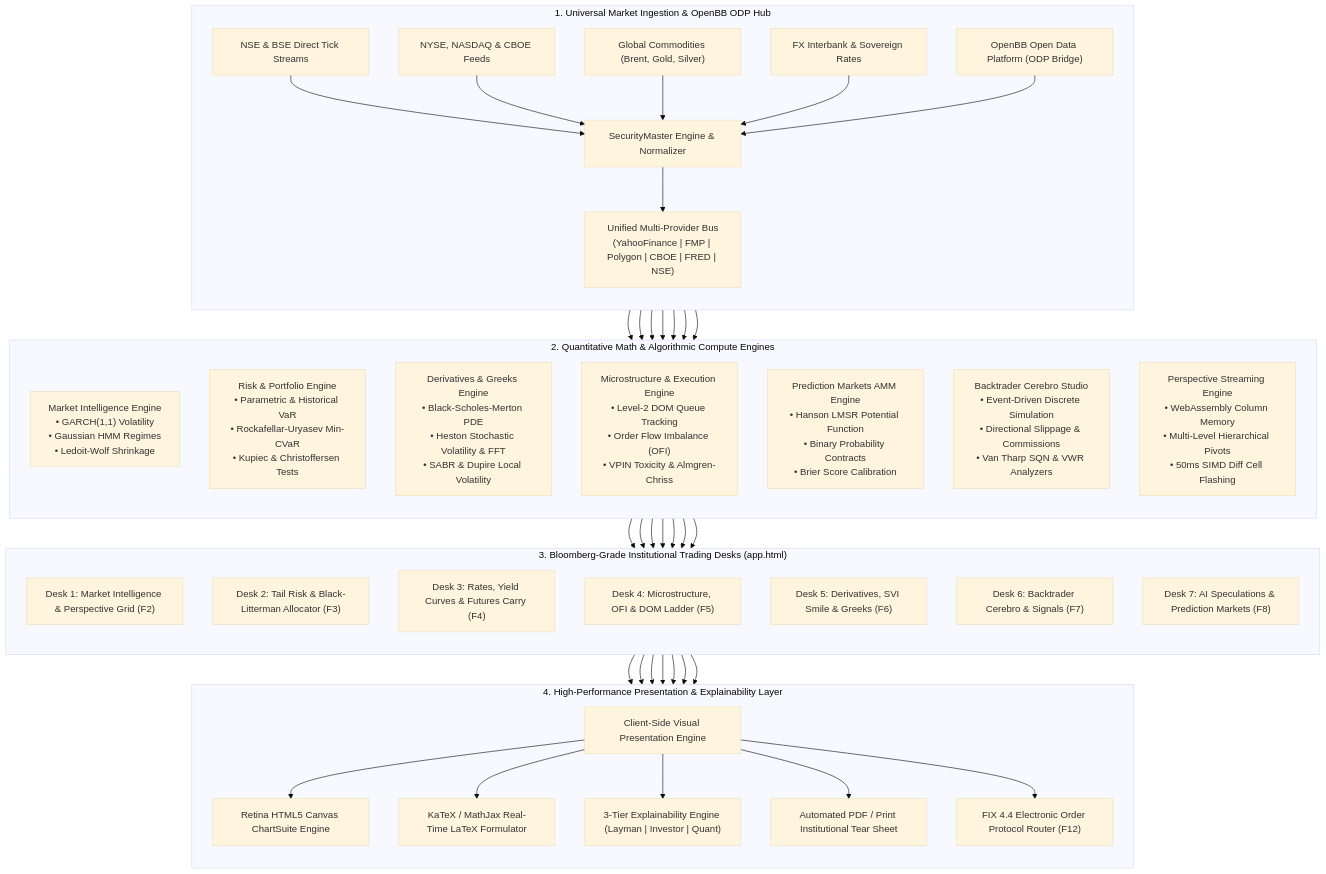
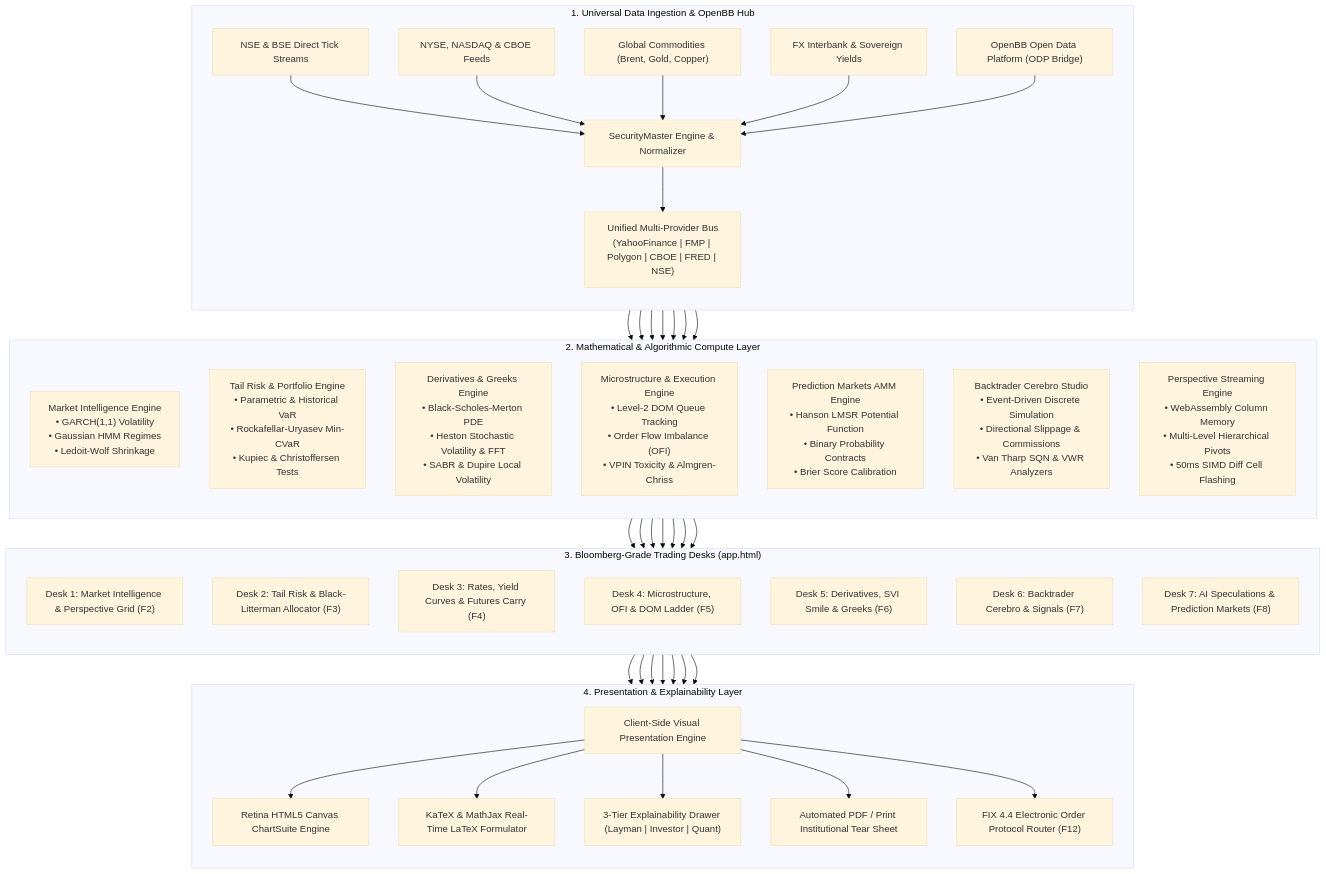
The first of 15 diagrams in README.md (Premchandyadav369/RISKOS), drawn with Mermaid (base theme) before and after one commit. The commit also changed other lines of this file, not shown here.

Commit message:
docs(readme): expand comprehensive documentation with intuitive layman analogies, closed-form quantitative proofs, and detailed workflow diagrams across all 7 desks and 35 labs

````diff
--- a/README.md
+++ b/README.md
@@ -34,44 +60,66 @@
 ```mermaid
 flowchart TB
-    subgraph INGESTION["1. Universal Market Ingestion & OpenBB ODP Hub"]
+    subgraph INGESTION["1. Universal Data Ingestion & OpenBB Hub"]
         direction TB
-        F1["NSE & BSE Direct Tick Streams"] --> SM["SecurityMaster Engine & Normalizer"]
-        F2["NYSE, NASDAQ & CBOE Feeds"] --> SM
-        F3["Global Commodities (Brent, Gold, Silver)"] --> SM
-        F4["FX Interbank & Sovereign Rates"] --> SM
-        F5["OpenBB Open Data Platform (ODP Bridge)"] --> SM
-        SM --> PB["Unified Multi-Provider Bus\n(YahooFinance | FMP | Polygon | CBOE | FRED | NSE)"]
+        NSE["NSE & BSE Direct Tick Streams"] --> SM["SecurityMaster Engine & Normalizer"]
+        US["NYSE, NASDAQ & CBOE Feeds"] --> SM
+        COMM["Global Commodities (Brent, Gold, Copper)"] --> SM
+        FX["FX Interbank & Sovereign Yields"] --> SM
+        OBB["OpenBB Open Data Platform (ODP Bridge)"] --> SM
+        SM --> PB["Unified Multi-Provider Bus
+(YahooFinance | FMP | Polygon | CBOE | FRED | NSE)"]
     end
 
-    subgraph CORE_ENGINES["2. Quantitative Math & Algorithmic Compute Engines"]
+    subgraph COMPUTATION["2. Mathematical & Algorithmic Compute Layer"]
         direction TB
-        PB --> MKT["Market Intelligence Engine\n• GARCH(1,1) Volatility\n• Gaussian HMM Regimes\n• Ledoit-Wolf Shrinkage"]
-        PB --> RISK["Risk & Portfolio Engine\n• Parametric & Historical VaR\n• Rockafellar-Uryasev Min-CVaR\n• Kupiec & Christoffersen Tests"]
-        PB --> DERIV["Derivatives & Greeks Engine\n• Black-Scholes-Merton PDE\n• Heston Stochastic Volatility & FFT\n• SABR & Dupire Local Volatility"]
-        PB --> MICRO["Microstructure & Execution Engine\n• Level-2 DOM Queue Tracking\n• Order Flow Imbalance (OFI)\n• VPIN Toxicity & Almgren-Chriss"]
-        PB --> PREDICT["Prediction Markets AMM Engine\n• Hanson LMSR Potential Function\n• Binary Probability Contracts\n• Brier Score Calibration"]
-        PB --> BACKTEST["Backtrader Cerebro Studio\n• Event-Driven Discrete Simulation\n• Directional Slippage & Commissions\n• Van Tharp SQN & VWR Analyzers"]
-        PB --> PERSPECTIVE["Perspective Streaming Engine\n• WebAssembly Column Memory\n• Multi-Level Hierarchical Pivots\n• 50ms SIMD Diff Cell Flashing"]
+        PB --> MKT["Market Intelligence Engine
+• GARCH(1,1) Volatility
+• Gaussian HMM Regimes
+• Ledoit-Wolf Shrinkage"]
+        PB --> RISK["Tail Risk & Portfolio Engine
+• Parametric & Historical VaR
+• Rockafellar-Uryasev Min-CVaR
+• Kupiec & Christoffersen Tests"]
+        PB --> DERIV["Derivatives & Greeks Engine
+• Black-Scholes-Merton PDE
+• Heston Stochastic Volatility & FFT
+• SABR & Dupire Local Volatility"]
+        PB --> MICRO["Microstructure & Execution Engine
+• Level-2 DOM Queue Tracking
+• Order Flow Imbalance (OFI)
+• VPIN Toxicity & Almgren-Chriss"]
+        PB --> PREDICT["Prediction Markets AMM Engine
+• Hanson LMSR Potential Function
+• Binary Probability Contracts
+• Brier Score Calibration"]
+        PB --> BACKTEST["Backtrader Cerebro Studio
+• Event-Driven Discrete Simulation
+• Directional Slippage & Commissions
+• Van Tharp SQN & VWR Analyzers"]
+        PB --> PERSPECTIVE["Perspective Streaming Engine
+• WebAssembly Column Memory
+• Multi-Level Hierarchical Pivots
+• 50ms SIMD Diff Cell Flashing"]
     end
 
-    subgraph DESKS["3. Bloomberg-Grade Institutional Trading Desks (app.html)"]
+    subgraph DESKS["3. Bloomberg-Grade Trading Desks (app.html)"]
         direction TB
         MKT --> D1["Desk 1: Market Intelligence & Perspective Grid (F2)"]
         RISK --> D2["Desk 2: Tail Risk & Black-Litterman Allocator (F3)"]
         DERIV --> D3["Desk 3: Rates, Yield Curves & Futures Carry (F4)"]
         MICRO --> D4["Desk 4: Microstructure, OFI & DOM Ladder (F5)"]
         DERIV --> D5["Desk 5: Derivatives, SVI Smile & Greeks (F6)"]
         BACKTEST --> D6["Desk 6: Backtrader Cerebro & Signals (F7)"]
         PREDICT --> D7["Desk 7: AI Speculations & Prediction Markets (F8)"]
     end
 
-    subgraph PRESENTATION["4. High-Performance Presentation & Explainability Layer"]
+    subgraph PRESENTATION["4. Presentation & Explainability Layer"]
         direction TB
         D1 & D2 & D3 & D4 & D5 & D6 & D7 --> UI["Client-Side Visual Presentation Engine"]
         UI --> CANV["Retina HTML5 Canvas ChartSuite Engine"]
-        UI --> MATH["KaTeX / MathJax Real-Time LaTeX Formulator"]
-        UI --> EXP["3-Tier Explainability Engine (Layman | Investor | Quant)"]
+        UI --> MATH["KaTeX & MathJax Real-Time LaTeX Formulator"]
+        UI --> EXP["3-Tier Explainability Drawer (Layman | Investor | Quant)"]
         UI --> TEAR["Automated PDF / Print Institutional Tear Sheet"]
         UI --> FIX["FIX 4.4 Electronic Order Protocol Router (F12)"]
     end
 ```
````
